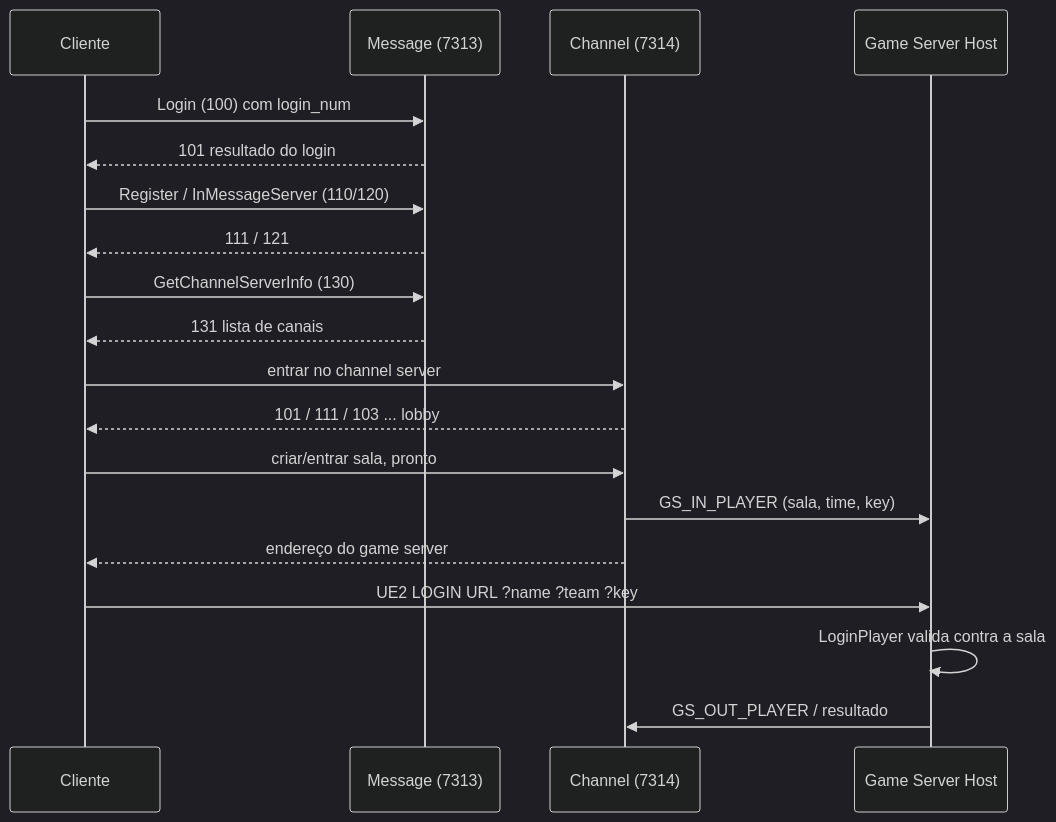
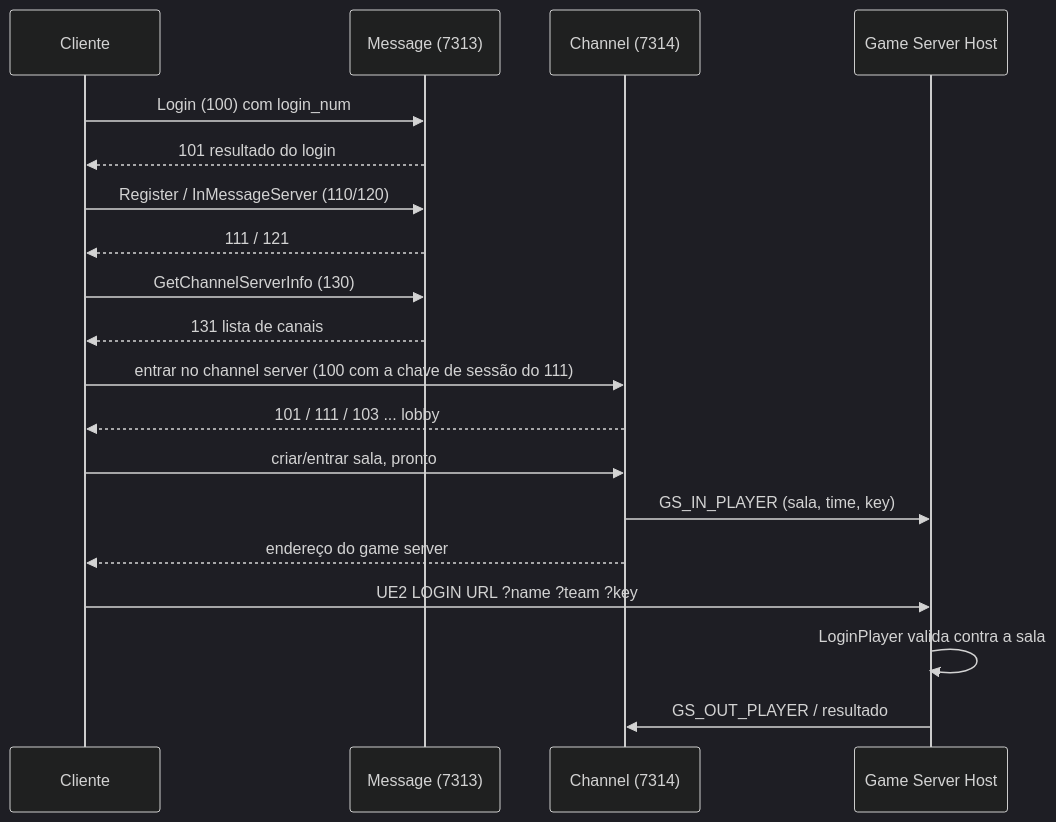
Before and after one commit to erycson/landmass-emulator: the second of 2 diagrams in docs/architecture/02-context.md, drawn with Mermaid (dark theme). The commit also changed 27 other files, not shown here.

First line of the commit message:
Chave de sessão Message→Channel; modo janela e controle do cliente

````diff
--- a/docs/architecture/02-context.md
+++ b/docs/architecture/02-context.md
@@ -46,21 +46,21 @@
 ```mermaid
 sequenceDiagram
   participant C as Cliente
   participant M as Message (7313)
   participant Ch as Channel (7314)
   participant G as Game Server Host
   C->>M: Login (100) com login_num
   M-->>C: 101 resultado do login
   C->>M: Register / InMessageServer (110/120)
   M-->>C: 111 / 121
   C->>M: GetChannelServerInfo (130)
   M-->>C: 131 lista de canais
-  C->>Ch: entrar no channel server
+  C->>Ch: entrar no channel server (100 com a chave de sessão do 111)
   Ch-->>C: 101 / 111 / 103 ... lobby
   C->>Ch: criar/entrar sala, pronto
   Ch->>G: GS_IN_PLAYER (sala, time, key)
   Ch-->>C: endereço do game server
   C->>G: UE2 LOGIN URL ?name ?team ?key
   G->>G: LoginPlayer valida contra a sala
   G->>Ch: GS_OUT_PLAYER / resultado
 ```
````
